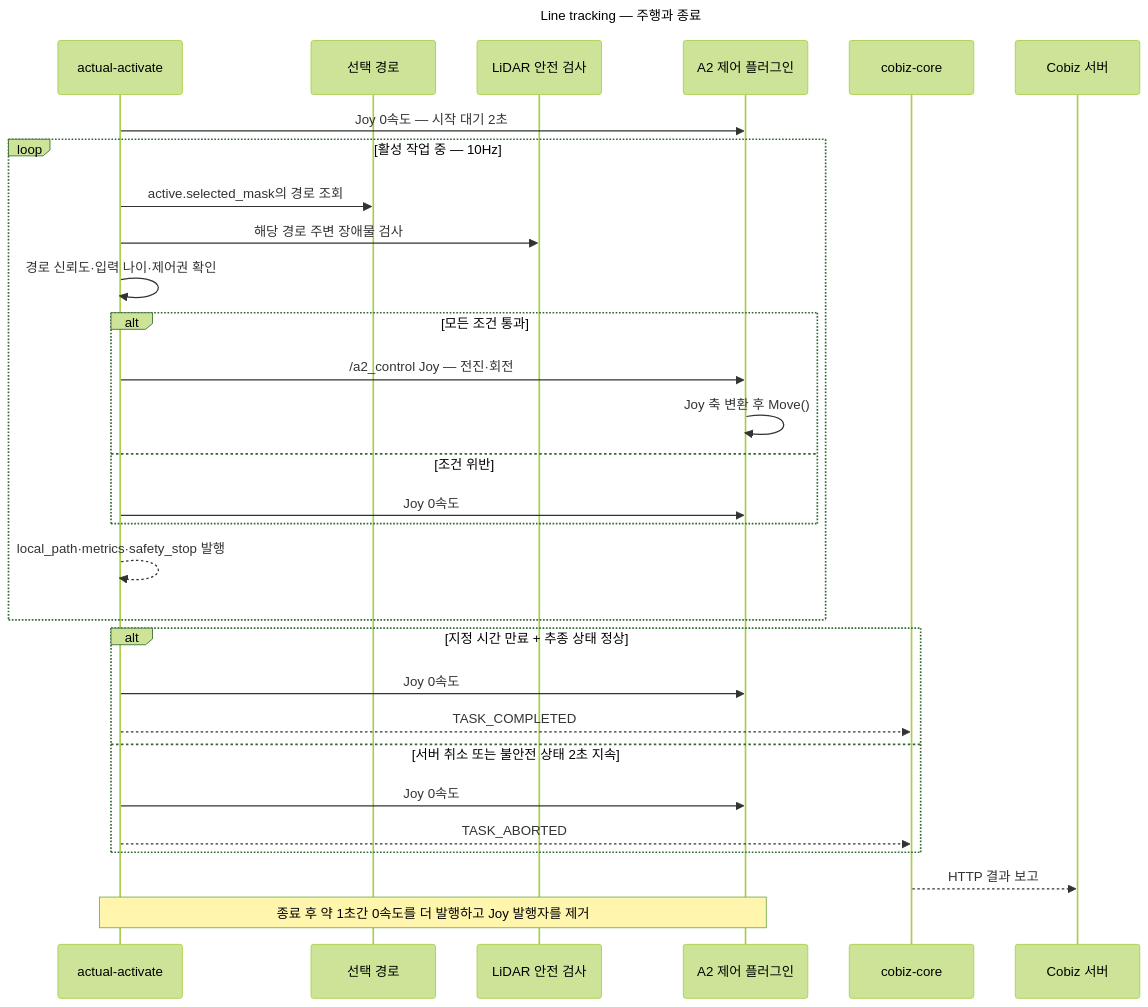
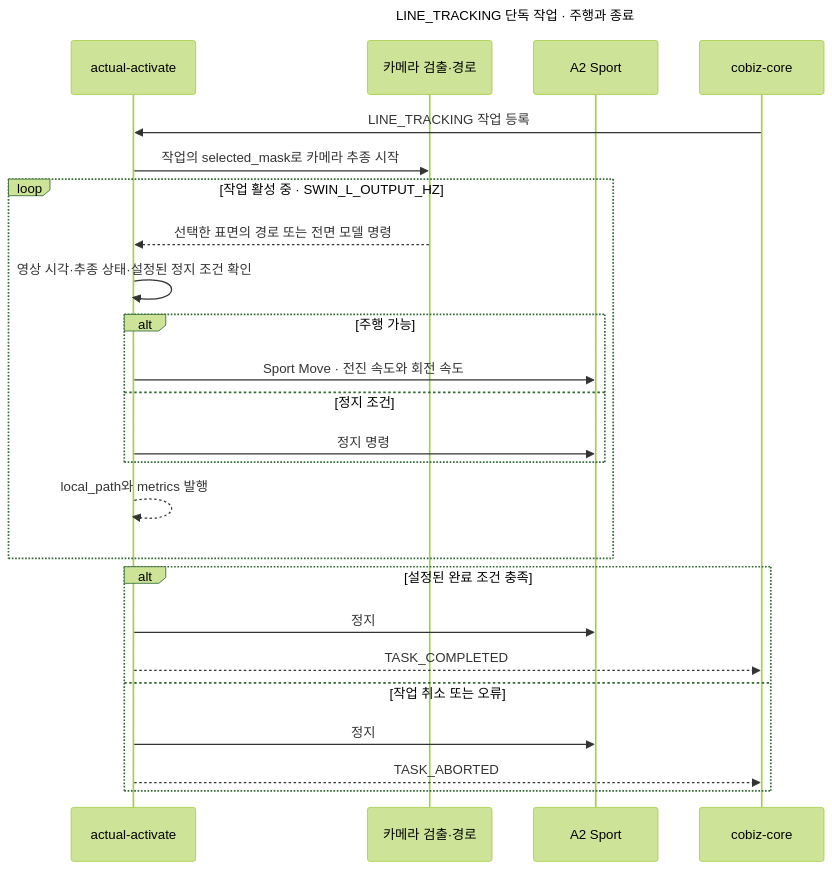
One commit to teamgrit-lab/cobiz-plugin-line-tracking changed the diagram in docs/diagrams/line-tracking-drive-lifecycle.mmd. Above: the diagram before and after it, drawn with Mermaid (forest theme). The commit also changed 750 other files, not shown here.

First line of the commit message:
feat(tracking)!: add camera-based Road tracking and remove LiDAR avoidance (#13)

```diff
--- a/docs/diagrams/line-tracking-drive-lifecycle.mmd
+++ b/docs/diagrams/line-tracking-drive-lifecycle.mmd
@@ -1,31 +1,26 @@
 sequenceDiagram
-    title Line tracking — 주행과 종료
+    title LINE_TRACKING 단독 작업 · 주행과 종료
     participant N as actual-activate
-    participant P as 선택 경로
-    participant L as LiDAR 안전 검사
-    participant A as A2 제어 플러그인
+    participant P as 카메라 검출·경로
+    participant A as A2 Sport
     participant C as cobiz-core
-    participant S as Cobiz 서버
 
-    N->>A: Joy 0속도 — 시작 대기 2초
-    loop 활성 작업 중 — 10Hz
-        N->>P: active.selected_mask의 경로 조회
-        N->>L: 해당 경로 주변 장애물 검사
-        N->>N: 경로 신뢰도·입력 나이·제어권 확인
-        alt 모든 조건 통과
-            N->>A: /a2_control Joy — 전진·회전
-            A->>A: Joy 축 변환 후 Move()
-        else 조건 위반
-            N->>A: Joy 0속도
+    C->>N: LINE_TRACKING 작업 등록
+    N->>P: 작업의 selected_mask로 카메라 추종 시작
+    loop 작업 활성 중 · SWIN_L_OUTPUT_HZ
+        P-->>N: 선택한 표면의 경로 또는 전면 모델 명령
+        N->>N: 영상 시각·추종 상태·설정된 정지 조건 확인
+        alt 주행 가능
+            N->>A: Sport Move · 전진 속도와 회전 속도
+        else 정지 조건
+            N->>A: 정지 명령
         end
-        N-->>N: local_path·metrics·safety_stop 발행
+        N-->>N: local_path와 metrics 발행
     end
-    alt 지정 시간 만료 + 추종 상태 정상
-        N->>A: Joy 0속도
+    alt 설정된 완료 조건 충족
+        N->>A: 정지
         N-->>C: TASK_COMPLETED
-    else 서버 취소 또는 불안전 상태 2초 지속
-        N->>A: Joy 0속도
+    else 작업 취소 또는 오류
+        N->>A: 정지
         N-->>C: TASK_ABORTED
     end
-    C-->>S: HTTP 결과 보고
-    Note over N,A: 종료 후 약 1초간 0속도를 더 발행하고 Joy 발행자를 제거
```
